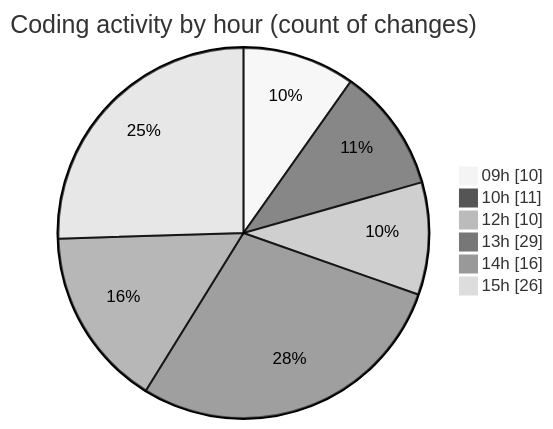
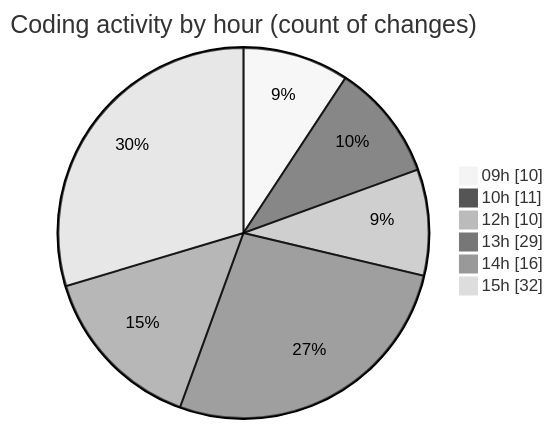
Before and after one commit to momahboobian/code-tracking: the second of 2 diagrams in 2025-09-12/cda/README.md, drawn with Mermaid (neutral theme). The commit also changed other lines of this file and 1 other file, not shown here.

````diff
--- a/2025-09-12/cda/README.md
+++ b/2025-09-12/cda/README.md
@@ -47,10 +47,10 @@
 ```mermaid
 pie showData
 title Coding activity by hour (count of changes)
 "09h" : 10
 "10h" : 11
 "12h" : 10
 "13h" : 29
 "14h" : 16
-"15h" : 26
+"15h" : 32
 ```
````
